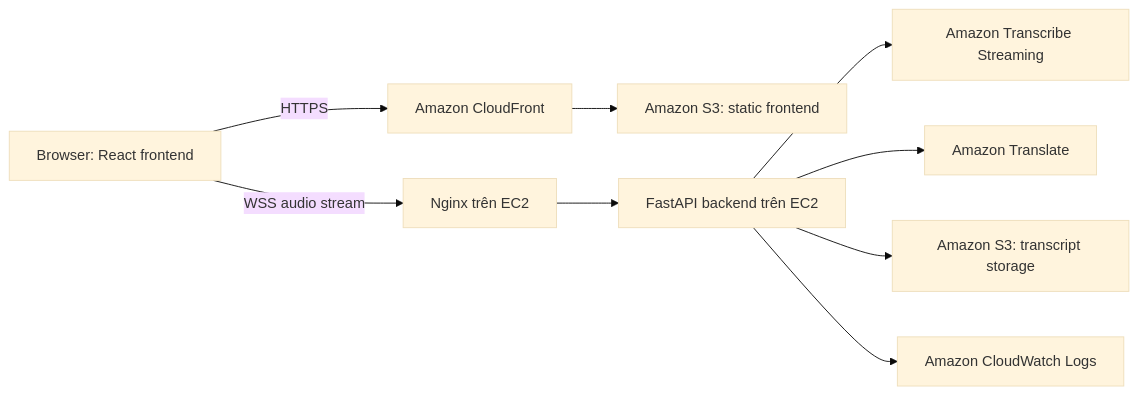
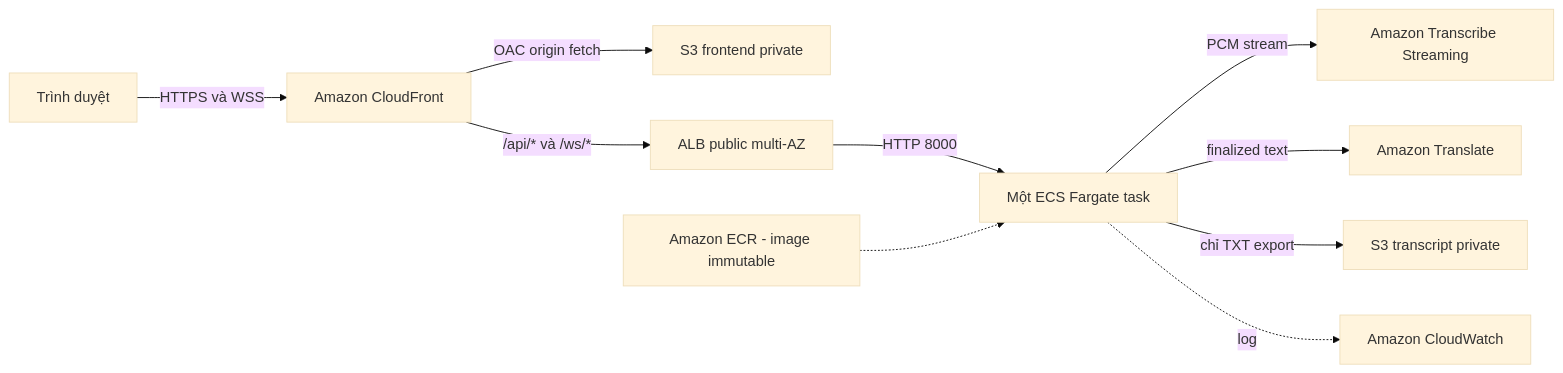
The diagram in content/5-Workshop/5.1-Workshop-overview/_index.vi.md (9ducanh9/fcj-workshop-template), drawn with Mermaid (base theme) before and after one commit. The commit also changed other lines of this file and 25 other files, not shown here.

````diff
--- a/content/5-Workshop/5.1-Workshop-overview/_index.vi.md
+++ b/content/5-Workshop/5.1-Workshop-overview/_index.vi.md
@@ -29,11 +29,12 @@
 ```mermaid
 flowchart LR
-  Browser["Browser: React frontend"] -->|HTTPS| CloudFront["Amazon CloudFront"]
-  CloudFront --> S3Frontend["Amazon S3: static frontend"]
-  Browser -->|WSS audio stream| Nginx["Nginx trên EC2"]
-  Nginx --> FastAPI["FastAPI backend trên EC2"]
-  FastAPI --> Transcribe["Amazon Transcribe Streaming"]
-  FastAPI --> Translate["Amazon Translate"]
-  FastAPI --> S3Transcripts["Amazon S3: transcript storage"]
-  FastAPI --> CloudWatch["Amazon CloudWatch Logs"]
+  Browser["Trình duyệt"] -->|HTTPS và WSS| CF["Amazon CloudFront"]
+  CF -->|OAC origin fetch| Frontend["S3 frontend private"]
+  CF -->|/api/* và /ws/*| ALB["ALB public multi-AZ"]
+  ALB -->|HTTP 8000| Task["Một ECS Fargate task"]
+  ECR["Amazon ECR - image immutable"] -.-> Task
+  Task -->|PCM stream| Transcribe["Amazon Transcribe Streaming"]
+  Task -->|finalized text| Translate["Amazon Translate"]
+  Task -->|chỉ TXT export| Transcript["S3 transcript private"]
+  Task -.->|log| CW["Amazon CloudWatch"]
 ```
````
